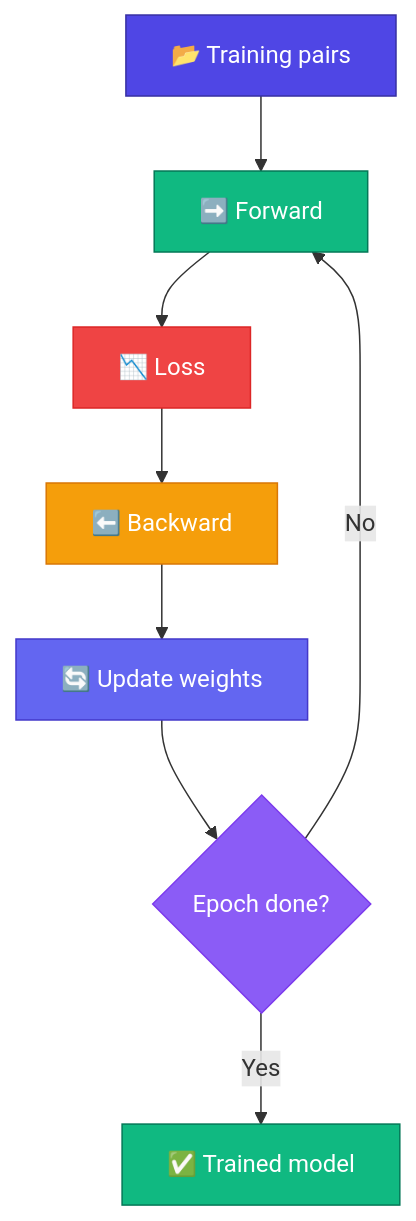
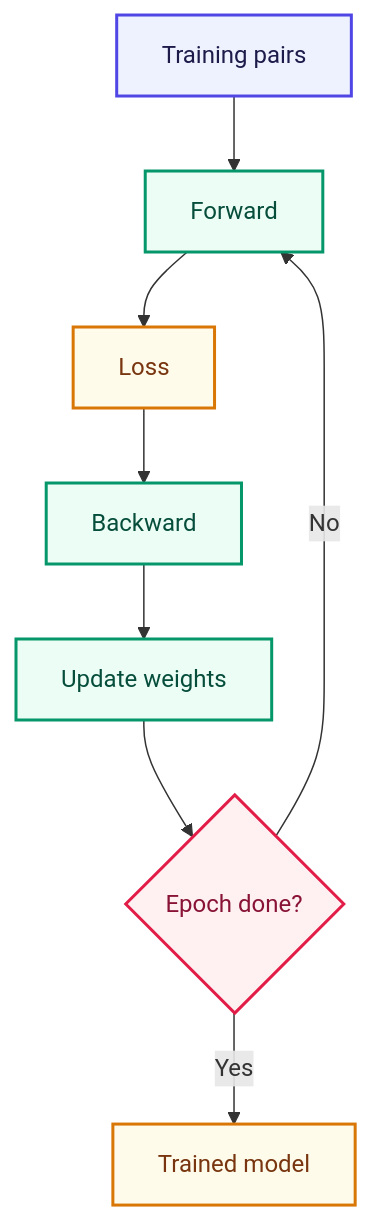
One commit to bhNibir/build-own-llm changed the diagram in content/docs/part-06-neural-lm/04-train.mdx. Above: the diagram before and after it, drawn with Mermaid. The commit also changed other lines of this file and 77 other files, not shown here.

````diff
--- a/content/docs/part-06-neural-lm/04-train.mdx
+++ b/content/docs/part-06-neural-lm/04-train.mdx
@@ -16,17 +16,14 @@
 ```mermaid
 flowchart TD
-    A["📂 Training pairs"]:::data --> B["➡️ Forward"]:::fwd
-    B --> C["📉 Loss"]:::loss
-    C --> D["⬅️ Backward"]:::bwd
-    D --> E["🔄 Update weights"]:::upd
-    E --> F{"Epoch done?"}:::check
+    A["Training pairs"]:::input --> B["Forward"]:::process
+    B --> C["Loss"]:::output
+    C --> D["Backward"]:::process
+    D --> E["Update weights"]:::process
+    E --> F{"Epoch done?"}:::highlight
     F -->|No| B
-    F -->|Yes| G["✅ Trained model"]:::done
-    classDef data fill:#4F46E5,color:#fff,stroke:#3730A3
-    classDef fwd fill:#10B981,color:#fff,stroke:#047857
-    classDef loss fill:#EF4444,color:#fff,stroke:#DC2626
-    classDef bwd fill:#F59E0B,color:#fff,stroke:#D97706
-    classDef upd fill:#6366F1,color:#fff,stroke:#4338CA
-    classDef check fill:#8B5CF6,color:#fff,stroke:#7C3AED
-    classDef done fill:#10B981,color:#fff,stroke:#047857
+    F -->|Yes| G["Trained model"]:::output
+    classDef input fill:#EEF2FF,color:#1E1B4B,stroke:#4F46E5,stroke-width:2px
+    classDef process fill:#ECFDF5,color:#064E3B,stroke:#059669,stroke-width:2px
+    classDef output fill:#FFFBEB,color:#78350F,stroke:#D97706,stroke-width:2px
+    classDef highlight fill:#FFF1F2,color:#881337,stroke:#E11D48,stroke-width:2px
 ```
````
